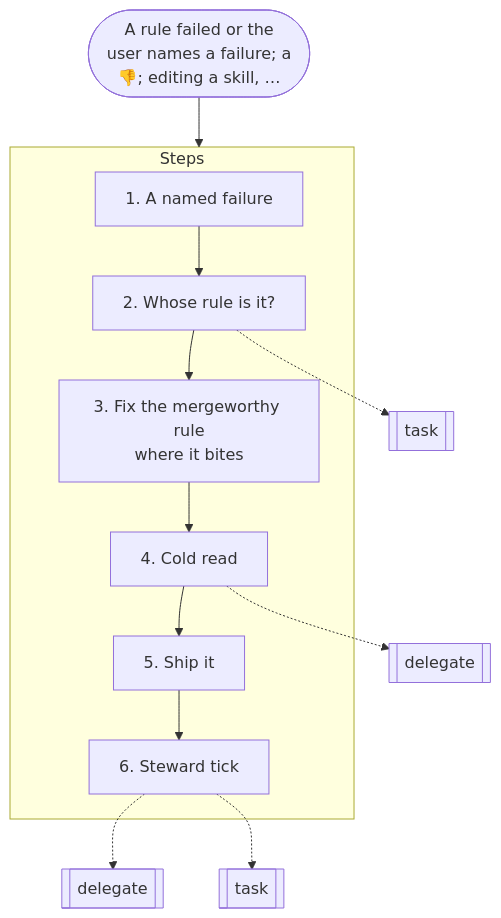
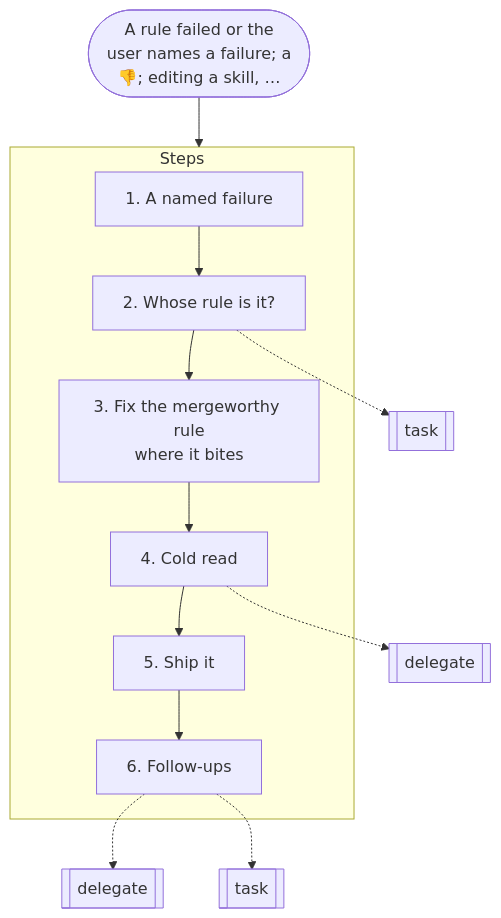
One commit to nitedani-agent/mergeworthy changed the ninth of 19 diagrams in docs/graphs.md. Above: the diagram before and after it, drawn with Mermaid. The commit also changed other lines of this file and 22 other files, not shown here.

````diff
--- a/docs/graphs.md
+++ b/docs/graphs.md
@@ -234,22 +235,22 @@
 ```mermaid
 flowchart TB
   start(["A rule failed or the<br/>user names a failure; a<br/>👎; editing a skill, …"])
   subgraph g0["Steps"]
     s0["1. A named failure"]
     s1["2. Whose rule is it?"]
     s0 --> s1
     s2["3. Fix the mergeworthy rule<br/>where it bites"]
     s1 --> s2
     s3["4. Cold read"]
     s2 --> s3
     s4["5. Ship it"]
     s3 --> s4
-    s5["6. Steward tick"]
+    s5["6. Follow-ups"]
     s4 --> s5
   end
   s1 -.-> r1[["task"]]
   s3 -.-> r2[["delegate"]]
   s5 -.-> r3[["delegate"]]
   s5 -.-> r4[["task"]]
   start --> g0
 ```
````
